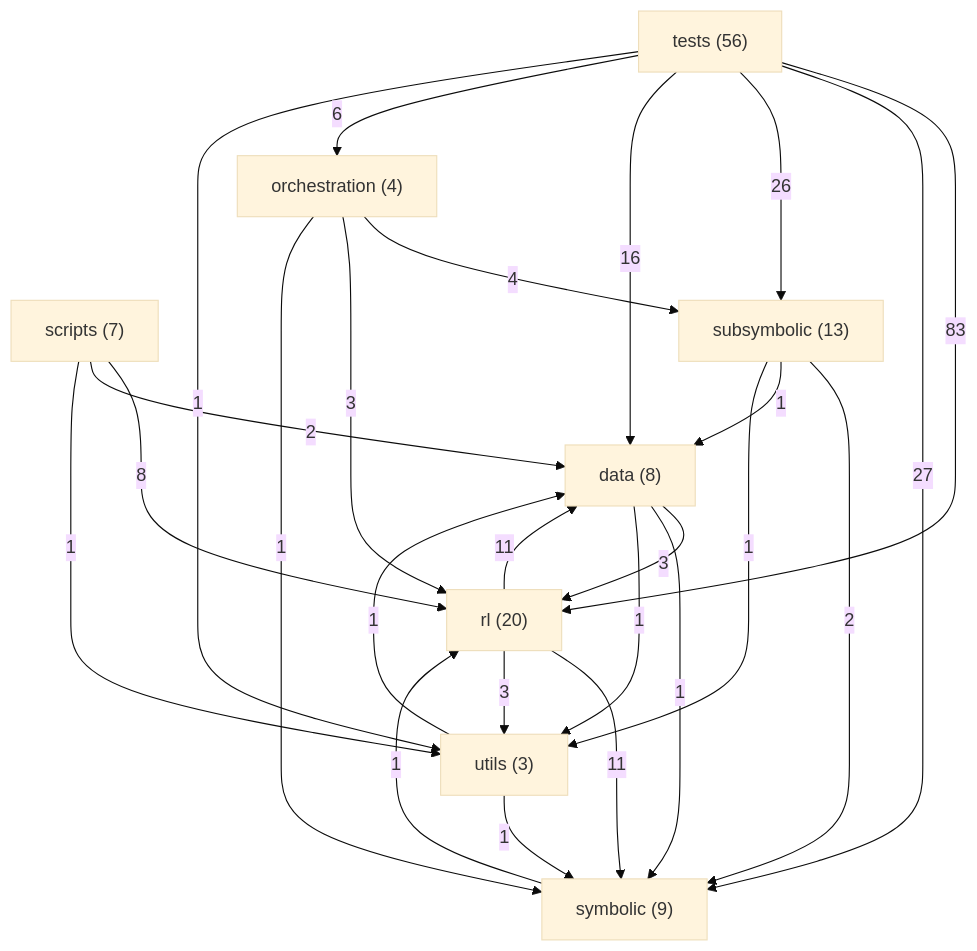
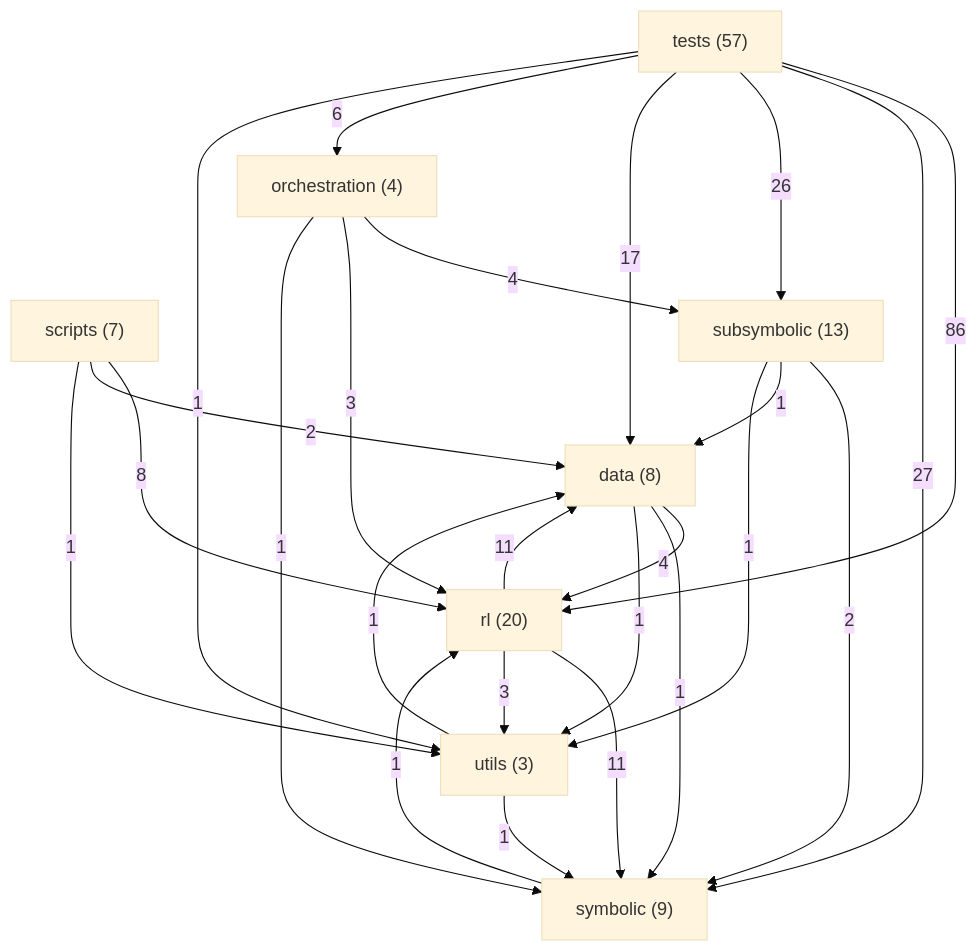
Before and after one commit to danrd/ARC-AGI: the diagram in ARCHITECTURE.md, drawn with Mermaid (base theme). The commit also changed other lines of this file and 4 other files, not shown here.

````diff
--- a/ARCHITECTURE.md
+++ b/ARCHITECTURE.md
@@ -127,35 +127,35 @@
 ```mermaid
 graph TD
   data["data (8)"]
   orchestration["orchestration (4)"]
   rl["rl (20)"]
   scripts["scripts (7)"]
   subsymbolic["subsymbolic (13)"]
   symbolic["symbolic (9)"]
-  tests["tests (56)"]
+  tests["tests (57)"]
   utils["utils (3)"]
-  tests -->|83| rl
+  tests -->|86| rl
   tests -->|27| symbolic
   tests -->|26| subsymbolic
-  tests -->|16| data
+  tests -->|17| data
   rl -->|11| data
   rl -->|11| symbolic
   scripts -->|8| rl
   tests -->|6| orchestration
+  data -->|4| rl
   orchestration -->|4| subsymbolic
-  data -->|3| rl
   orchestration -->|3| rl
   rl -->|3| utils
   scripts -->|2| data
   subsymbolic -->|2| symbolic
   data -->|1| symbolic
   data -->|1| utils
   orchestration -->|1| symbolic
   scripts -->|1| utils
   subsymbolic -->|1| data
   subsymbolic -->|1| utils
   symbolic -->|1| rl
   tests -->|1| utils
   utils -->|1| data
   utils -->|1| symbolic
 ```
````
